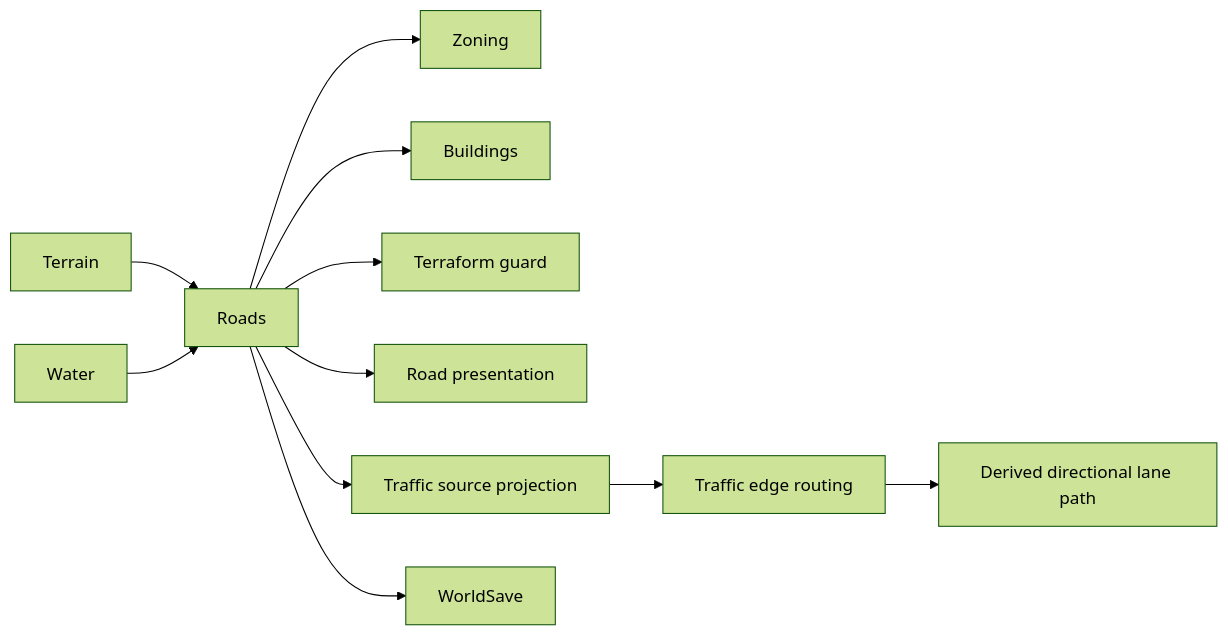
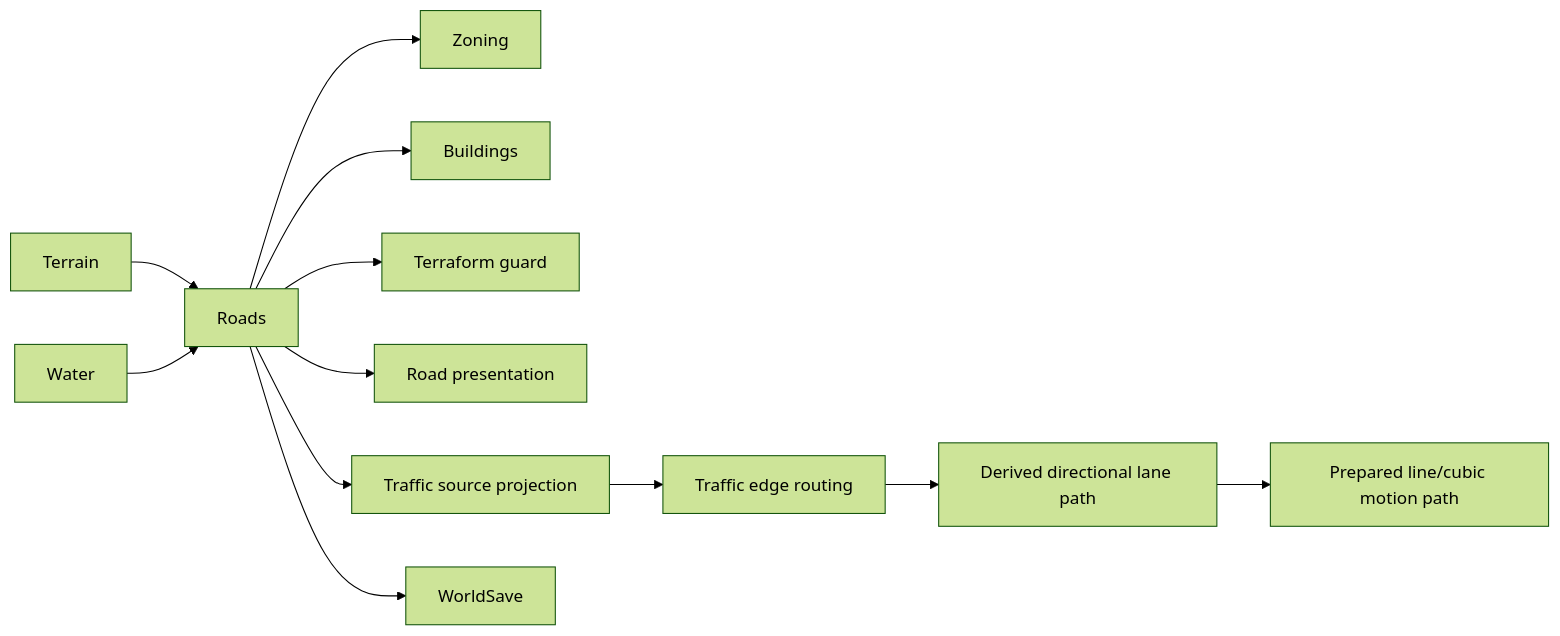
Before and after one commit to petechatchawan/web-three-city: the diagram in docs/systems/roads/README.md, drawn with Mermaid (forest theme). The commit also changed other lines of this file, not shown here.

Commit message:
docs(roads): hand off Motion and Junction Realism

````diff
--- a/docs/systems/roads/README.md
+++ b/docs/systems/roads/README.md
@@ -73,13 +74,14 @@
 ```mermaid
 flowchart LR
   Terrain --> Roads
   Water --> Roads
   Roads --> Zoning
   Roads --> Buildings
   Roads --> TerraformGuard[Terraform guard]
   Roads --> RoadRenderer[Road presentation]
   Roads --> TrafficProjection[Traffic source projection]
   TrafficProjection --> TrafficCore[Traffic edge routing]
   TrafficCore --> LanePath[Derived directional lane path]
+  LanePath --> MotionPath[Prepared line/cubic motion path]
   Roads --> WorldSave
 ```
````
